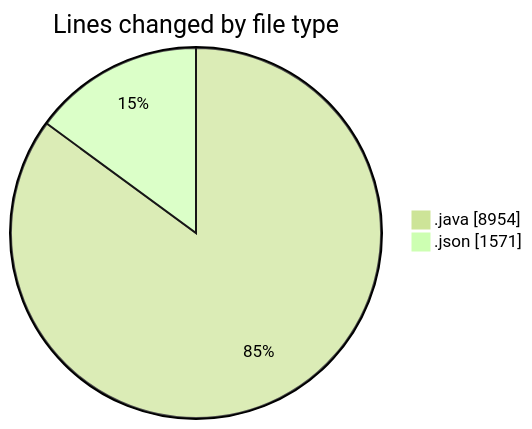
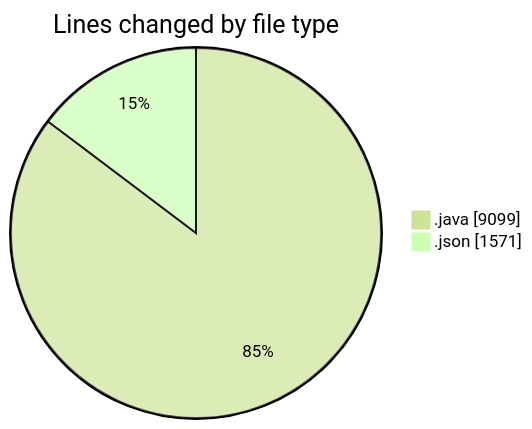
One commit to ricardozamudiocil/code-tracking changed the first of 2 diagrams in 2026-09-03/cilapp/README.md. Above: the diagram before and after it, drawn with Mermaid (forest theme). The commit also changed other lines of this file and 1 other file, not shown here.

````diff
--- a/2026-09-03/cilapp/README.md
+++ b/2026-09-03/cilapp/README.md
@@ -24,6 +24,6 @@
 ```mermaid
 pie showData
 title Lines changed by file type
-".java" : 8954
+".java" : 9099
 ".json" : 1571
 ```
````
